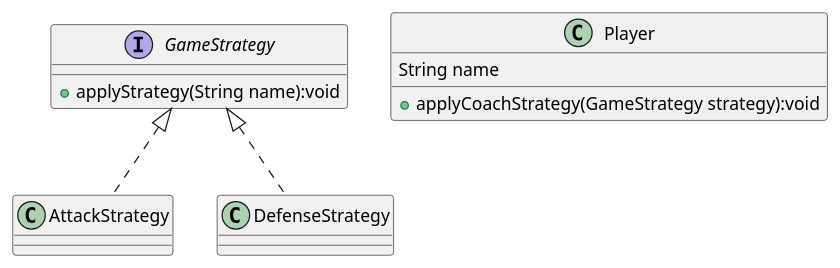
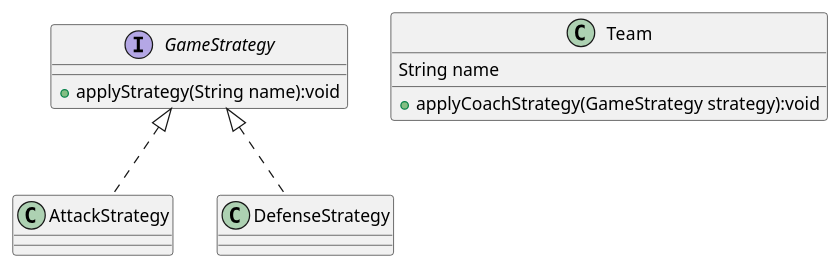
Before and after one commit to souhail-kaci/football-patterns: the diagram in src/main/resources/strategy.puml, drawn with PlantUML. The commit also changed 5 other files, not shown here.

Commit message:
maj strategy pattern replace player with team

```diff
--- a/src/main/resources/strategy.puml
+++ b/src/main/resources/strategy.puml
@@ -1,20 +1,20 @@
 @startuml
 'https://plantuml.com/class-diagram
 
 interface GameStrategy{
  +applyStrategy(String name):void
 }
 class AttackStrategy
 class DefenseStrategy
-class Player {
+class Team {
 String name
 +applyCoachStrategy(GameStrategy strategy):void
 }
 
  GameStrategy <|.. AttackStrategy
  GameStrategy <|.. DefenseStrategy
 
 
 
 
 @enduml
```
